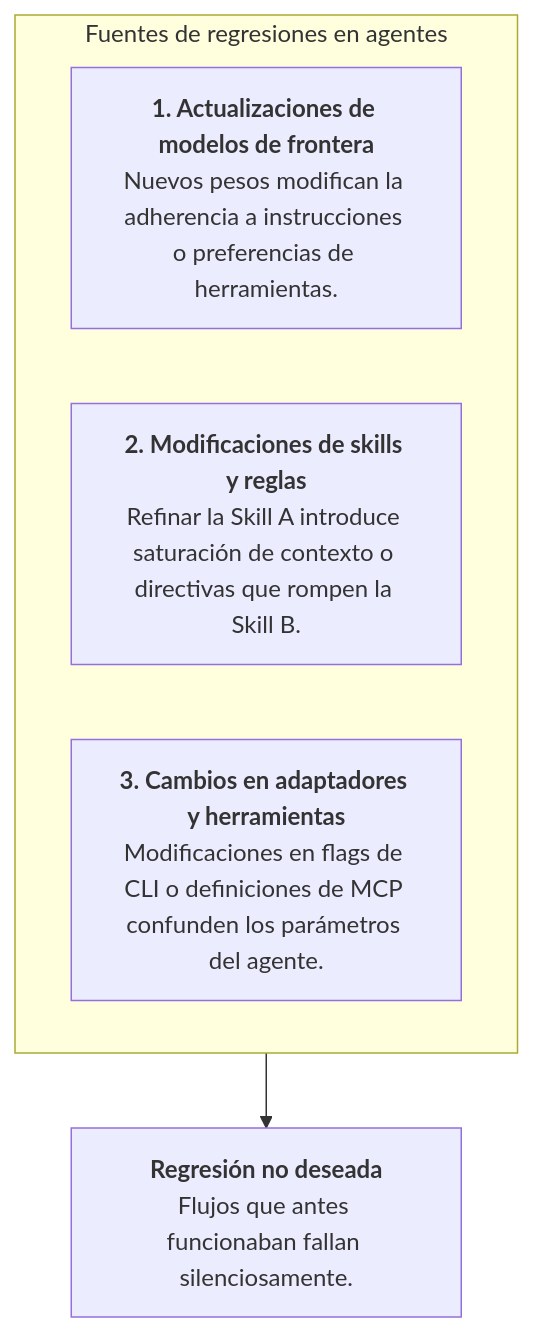
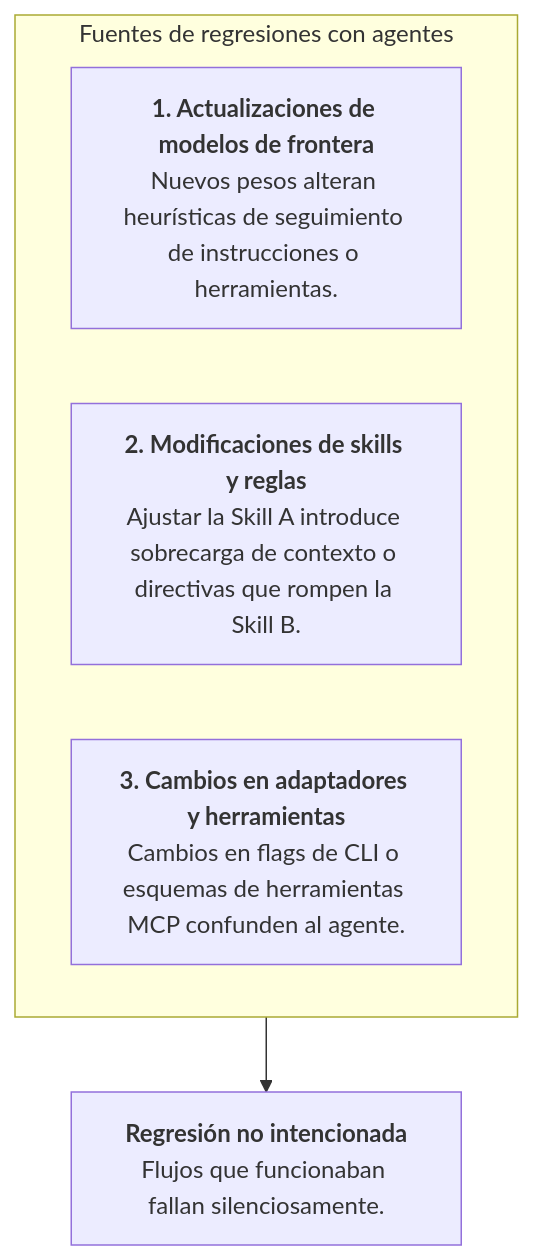
Before and after one commit to marcosdh1987/harness-engineering-guide: the first of 3 diagrams in docs/es/evaluation/regression-suites.md, drawn with Mermaid. The commit also changed other lines of this file and 120 other files, not shown here.

````diff
--- a/docs/es/evaluation/regression-suites.md
+++ b/docs/es/evaluation/regression-suites.md
@@ -11,10 +11,10 @@
 ```mermaid
 flowchart TD
-    subgraph Sources["Fuentes de regresiones en agentes"]
-        S1["<b>1. Actualizaciones de modelos de frontera</b><br/>Nuevos pesos modifican la adherencia a instrucciones o preferencias de herramientas."]
-        S2["<b>2. Modificaciones de skills y reglas</b><br/>Refinar la Skill A introduce saturación de contexto o directivas que rompen la Skill B."]
-        S3["<b>3. Cambios en adaptadores y herramientas</b><br/>Modificaciones en flags de CLI o definiciones de MCP confunden los parámetros del agente."]
+    subgraph Sources["Fuentes de regresiones con agentes"]
+        S1["<b>1. Actualizaciones de modelos de frontera</b><br/>Nuevos pesos alteran heurísticas de seguimiento de instrucciones o herramientas."]
+        S2["<b>2. Modificaciones de skills y reglas</b><br/>Ajustar la Skill A introduce sobrecarga de contexto o directivas que rompen la Skill B."]
+        S3["<b>3. Cambios en adaptadores y herramientas</b><br/>Cambios en flags de CLI o esquemas de herramientas MCP confunden al agente."]
     end
 
-    Sources --> REG["<b>Regresión no deseada</b><br/>Flujos que antes funcionaban fallan silenciosamente."]
+    Sources --> REG["<b>Regresión no intencionada</b><br/>Flujos que funcionaban fallan silenciosamente."]
 ```
````
